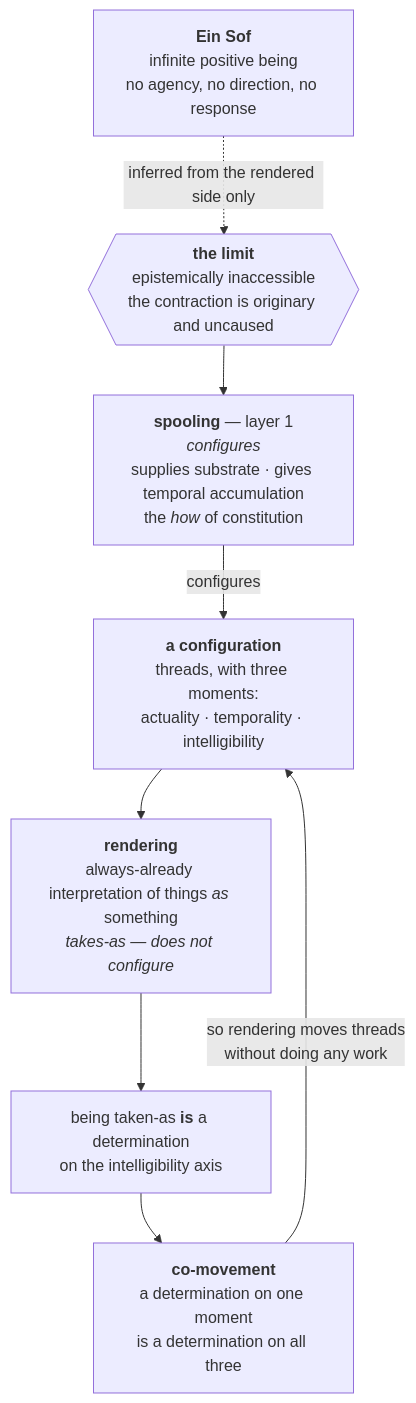
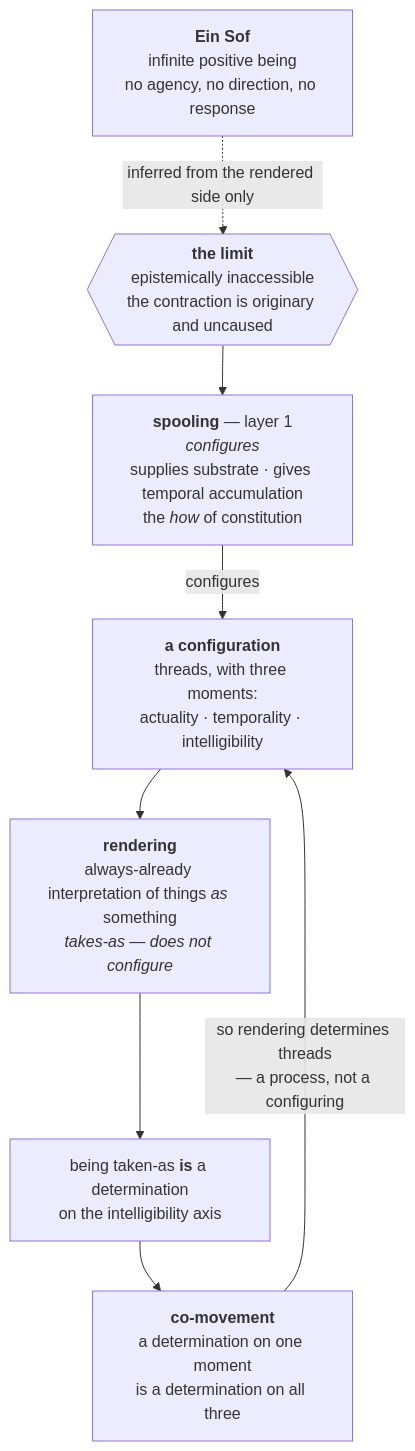
One commit to jordanelias/ttrpg changed the first of 8 diagrams in canon/philosophy/DIAGRAM.md. Above: the diagram before and after it, drawn with Mermaid. The commit also changed other lines of this file and 3 other files, not shown here.

First line of the commit message:
[design] Second-pass mechanical fixes: a struck gloss surviving in the diagram, and three others

````diff
--- a/canon/philosophy/DIAGRAM.md
+++ b/canon/philosophy/DIAGRAM.md
@@ -18,18 +18,18 @@
 ```mermaid
 flowchart TD
     ES["<b>Ein Sof</b><br/>infinite positive being<br/>no agency, no direction, no response"]
     LIM{{"<b>the limit</b><br/>epistemically inaccessible<br/>the contraction is originary and uncaused"}}
     SP["<b>spooling</b> — layer 1<br/><i>configures</i><br/>supplies substrate · gives temporal accumulation<br/>the <i>how</i> of constitution"]
     CFG["<b>a configuration</b><br/>threads, with three moments:<br/>actuality · temporality · intelligibility"]
     REND["<b>rendering</b><br/>always-already interpretation of things <i>as</i> something<br/><i>takes-as — does not configure</i>"]
     DET["being taken-as <b>is</b> a determination<br/>on the intelligibility axis"]
     CO["<b>co-movement</b><br/>a determination on one moment<br/>is a determination on all three"]
 
     ES -.->|"inferred from the rendered side only"| LIM
     LIM --> SP
     SP -->|configures| CFG
     CFG --> REND
     REND --> DET
     DET --> CO
-    CO -->|"so rendering moves threads<br/>without doing any work"| CFG
+    CO -->|"so rendering determines threads<br/>— a process, not a configuring"| CFG
 ```
````
